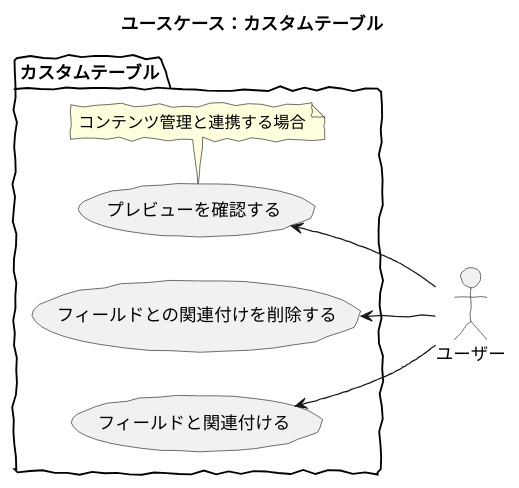
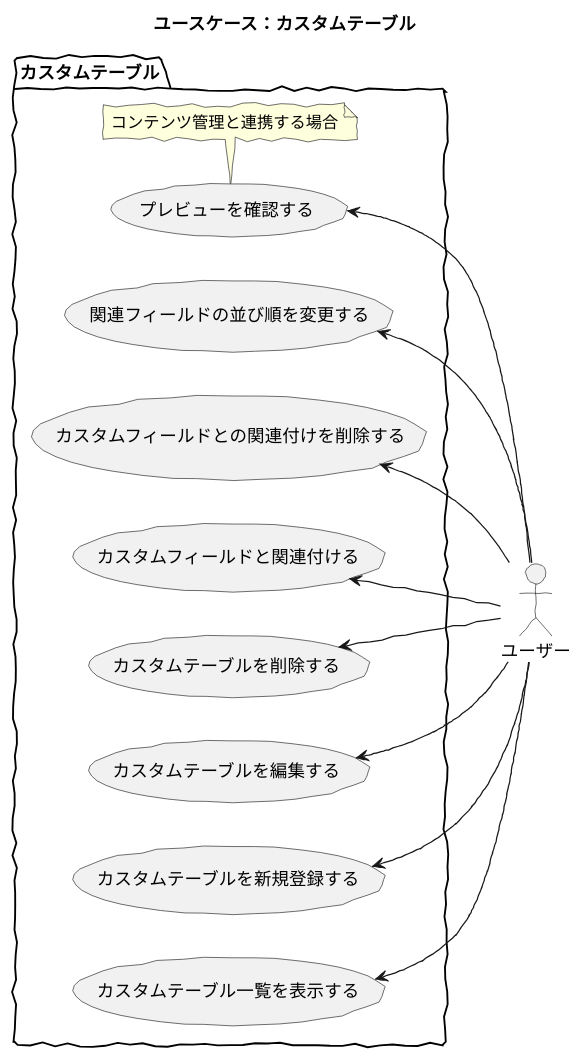
One commit to baserproject/baserproject.github.io changed the diagram in src/puml/5/ucmitz/svg/use_case/bc-custom-content/custom_tables.puml. Above: the diagram before and after it, drawn with PlantUML. The commit also changed 12 other files, not shown here.

```diff
--- a/src/puml/5/ucmitz/svg/use_case/bc-custom-content/custom_tables.puml
+++ b/src/puml/5/ucmitz/svg/use_case/bc-custom-content/custom_tables.puml
@@ -1,20 +1,25 @@
 @startuml
 
 skinparam handwritten true
 skinparam backgroundColor white
 
 title ユースケース：カスタムテーブル
 
 actor ユーザー
 
 package カスタムテーブル {
 	left to right direction
-	ユーザー -up-> (フィールドと関連付ける)
-	ユーザー -up-> (フィールドとの関連付けを削除する)
+	ユーザー -up-> (カスタムテーブル一覧を表示する)
+	ユーザー -up-> (カスタムテーブルを新規登録する)
+	ユーザー -up-> (カスタムテーブルを編集する)
+	ユーザー -up-> (カスタムテーブルを削除する)
+	ユーザー -up-> (カスタムフィールドと関連付ける)
+	ユーザー -up-> (カスタムフィールドとの関連付けを削除する)
+	ユーザー -up-> (関連フィールドの並び順を変更する)
 	ユーザー -up-> (プレビューを確認する)
 	note bottom of プレビューを確認する
 		コンテンツ管理と連携する場合
 	end note
 }
 
 @enduml
```
